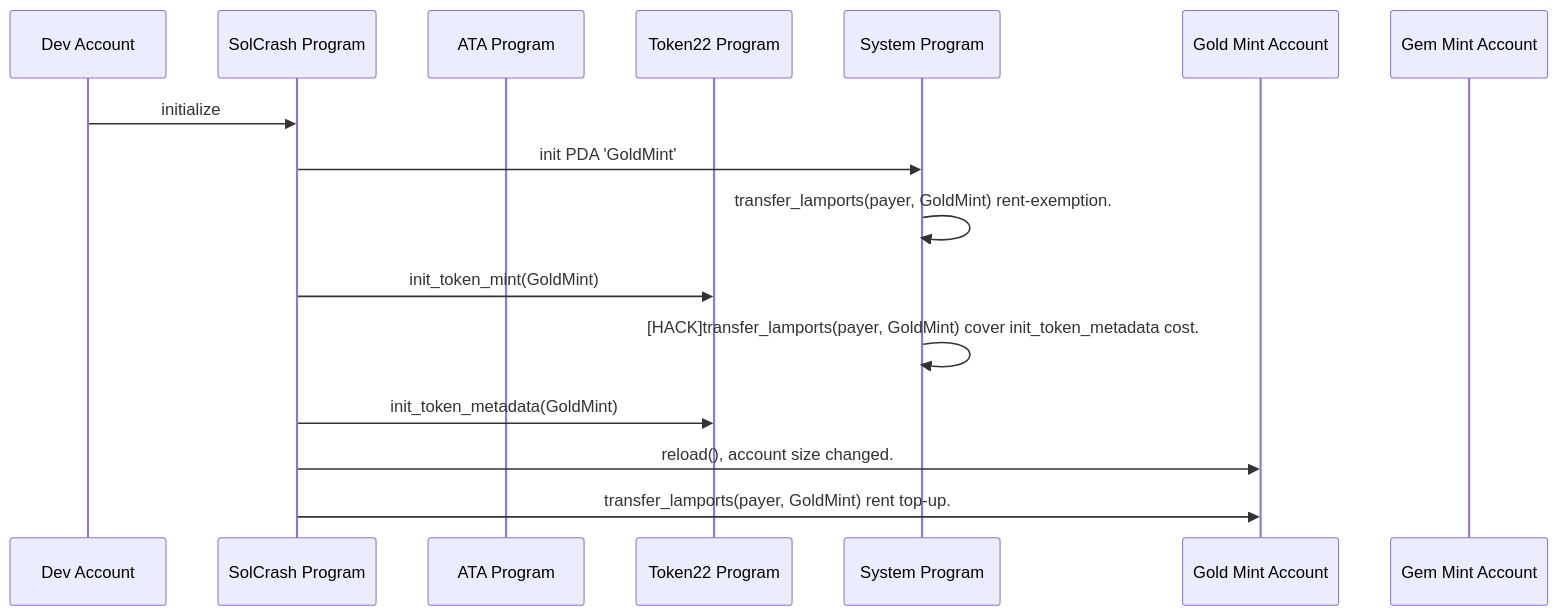
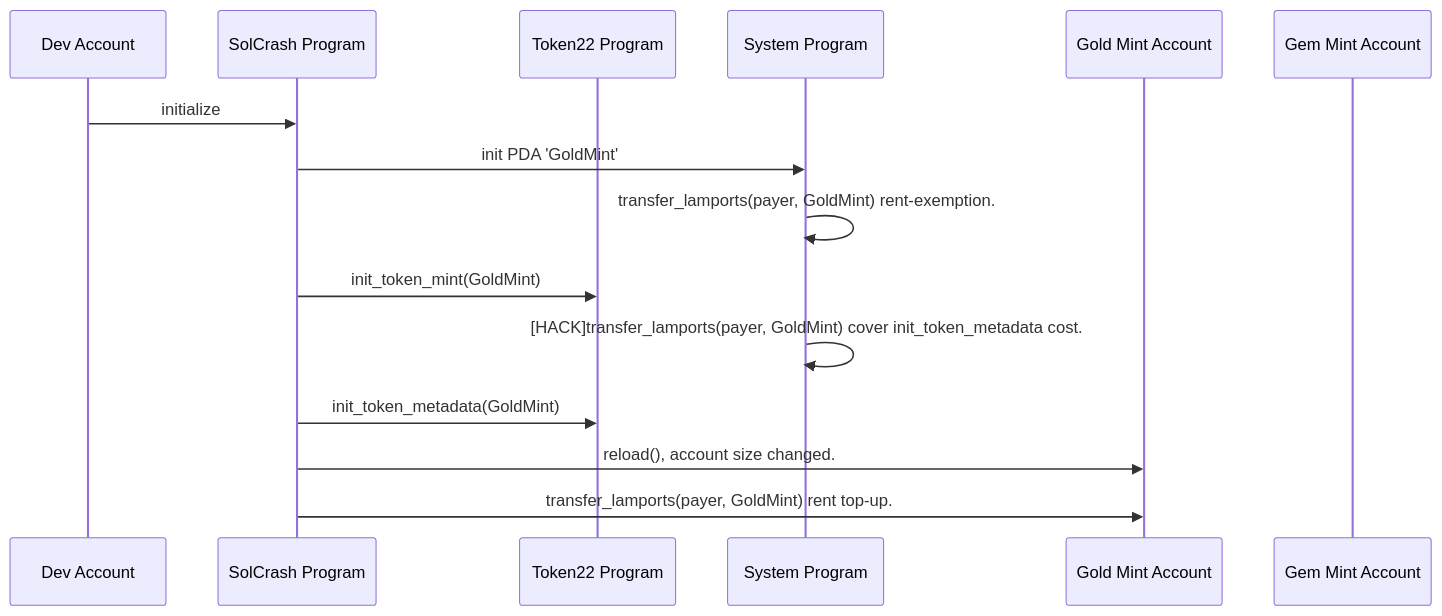
One commit to Web3-Builders-Alliance/kilogold_Sol_2Q24 changed the second of 3 diagrams in capstone/sol-crashers-on-chain/readme.md. Above: the diagram before and after it, drawn with Mermaid. The commit also changed other lines of this file and 6 other files, not shown here.

````diff
--- a/capstone/sol-crashers-on-chain/readme.md
+++ b/capstone/sol-crashers-on-chain/readme.md
@@ -66,20 +67,19 @@
 ```mermaid
 sequenceDiagram
     participant Dev as Dev Account
     participant SolCrash as SolCrash Program
-    participant ATAProg as ATA Program
     participant Token22Prog as Token22 Program
     participant SysProg as System Program
     participant GoldMint as Gold Mint Account
     participant GemMint as Gem Mint Account
     
     Dev->>SolCrash: initialize
     SolCrash->>SysProg: init PDA 'GoldMint'
     SysProg->>SysProg: transfer_lamports(payer, GoldMint) rent-exemption.
     SolCrash->>Token22Prog: init_token_mint(GoldMint)
     SysProg->>SysProg: [HACK]transfer_lamports(payer, GoldMint) cover init_token_metadata cost.
     SolCrash->>Token22Prog: init_token_metadata(GoldMint)
     SolCrash->>GoldMint: reload(), account size changed.
     SolCrash->>GoldMint: transfer_lamports(payer, GoldMint) rent top-up.
 
 ```
````
